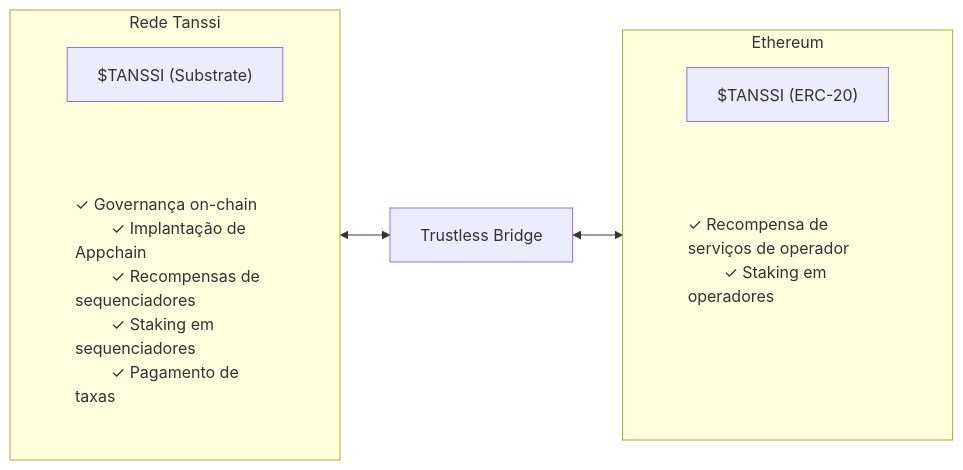
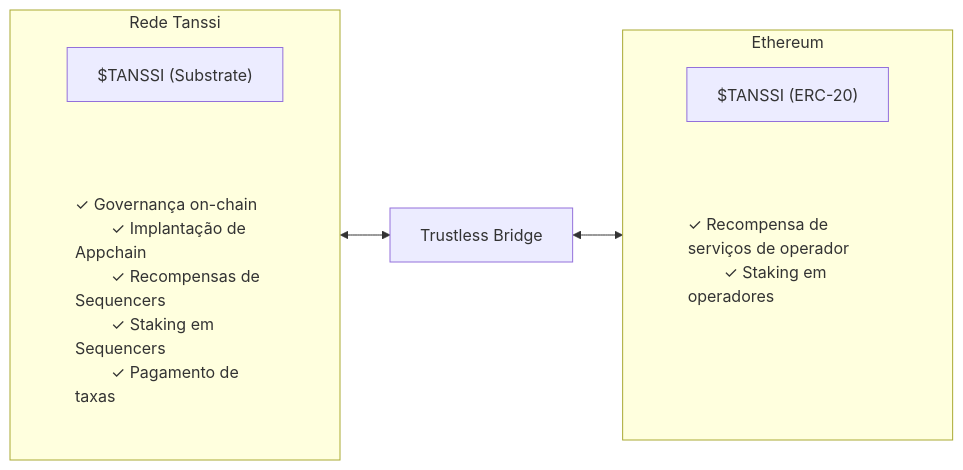
The diagram in pt/builders/tanssi-network/tanssi-token.md (moondance-labs/tanssi-docs), drawn with Mermaid before and after one commit. The commit also changed other lines of this file and 103 other files, not shown here.

````diff
--- a/pt/builders/tanssi-network/tanssi-token.md
+++ b/pt/builders/tanssi-network/tanssi-token.md
@@ -43,33 +43,33 @@
 ```mermaid
 flowchart LR
     subgraph Tanssi_Network ["Rede Tanssi"]
         Tanssi_Substrate["$TANSSI (Substrate)"]
         Tanssi_Substrate_Utility["✓ Governança on-chain
         ✓ Implantação de Appchain
-        ✓ Recompensas de sequenciadores
-        ✓ Staking em sequenciadores
+        ✓ Recompensas de Sequencers
+        ✓ Staking em Sequencers
         ✓ Pagamento de taxas
         "]
         Tanssi_Substrate --> Tanssi_Substrate_Utility
     end
 
     subgraph Ethereum_Network ["Ethereum"]
         Tanssi_ERC20["$TANSSI (ERC-20)"]
         Tanssi_ERC20_Utility["✓ Recompensa de serviços de operador
         ✓ Staking em operadores
         <pre> </pre>
         "]
         Tanssi_ERC20 --> Tanssi_ERC20_Utility
     end
 
     Bridge["Trustless Bridge"]
 
     Tanssi_Network <--> Bridge <--> Ethereum_Network
 
     %% Apply custom style to utility nodes
     classDef utility_style fill: transparent, stroke: transparent, text-align: start;
     class Tanssi_Substrate_Utility,Tanssi_ERC20_Utility utility_style;
     %% Make utility arrows transparent
     linkStyle 0 stroke:transparent,fill:transparent;
     linkStyle 1 stroke:transparent,fill:transparent;
 ```
````
